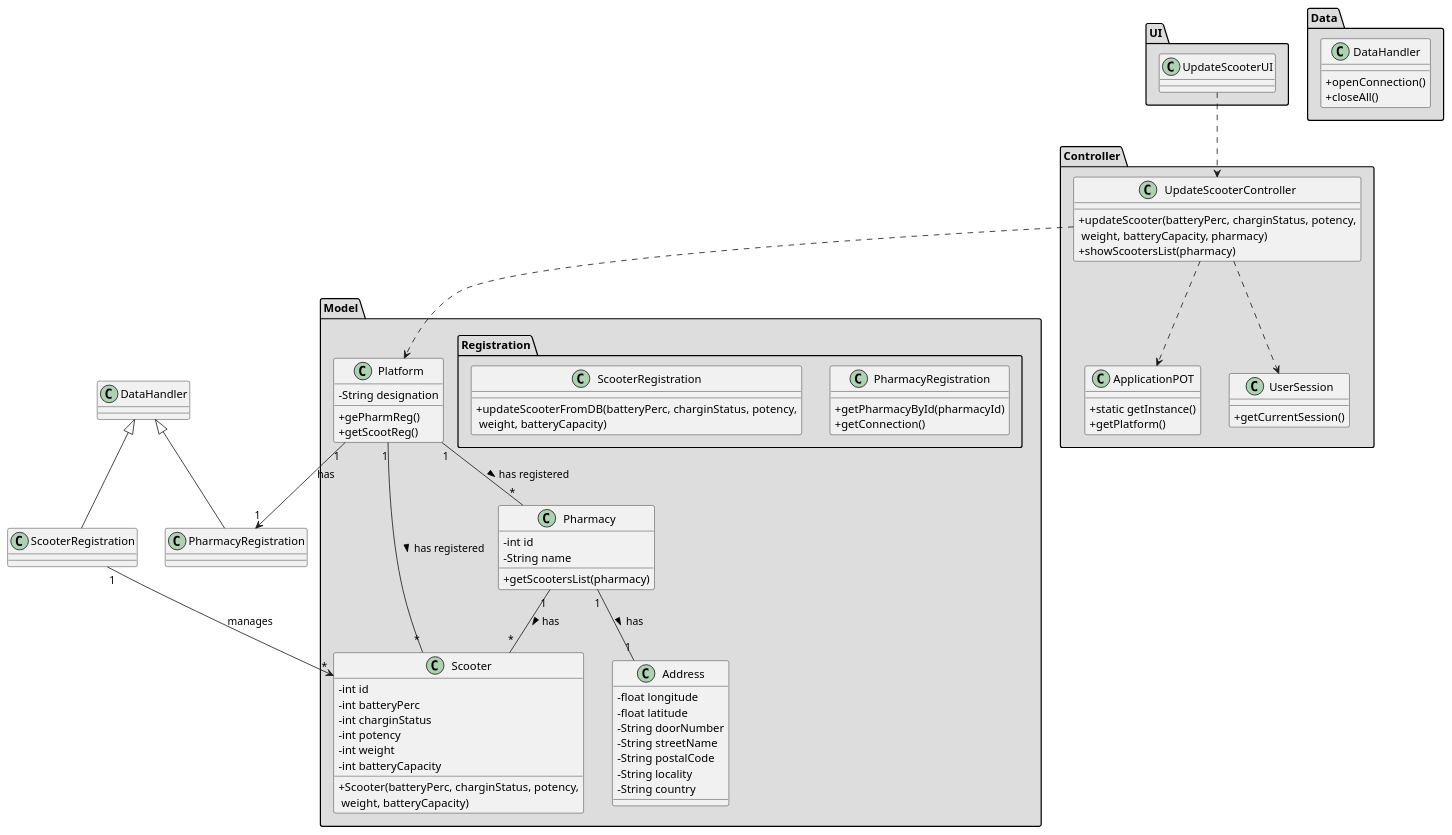
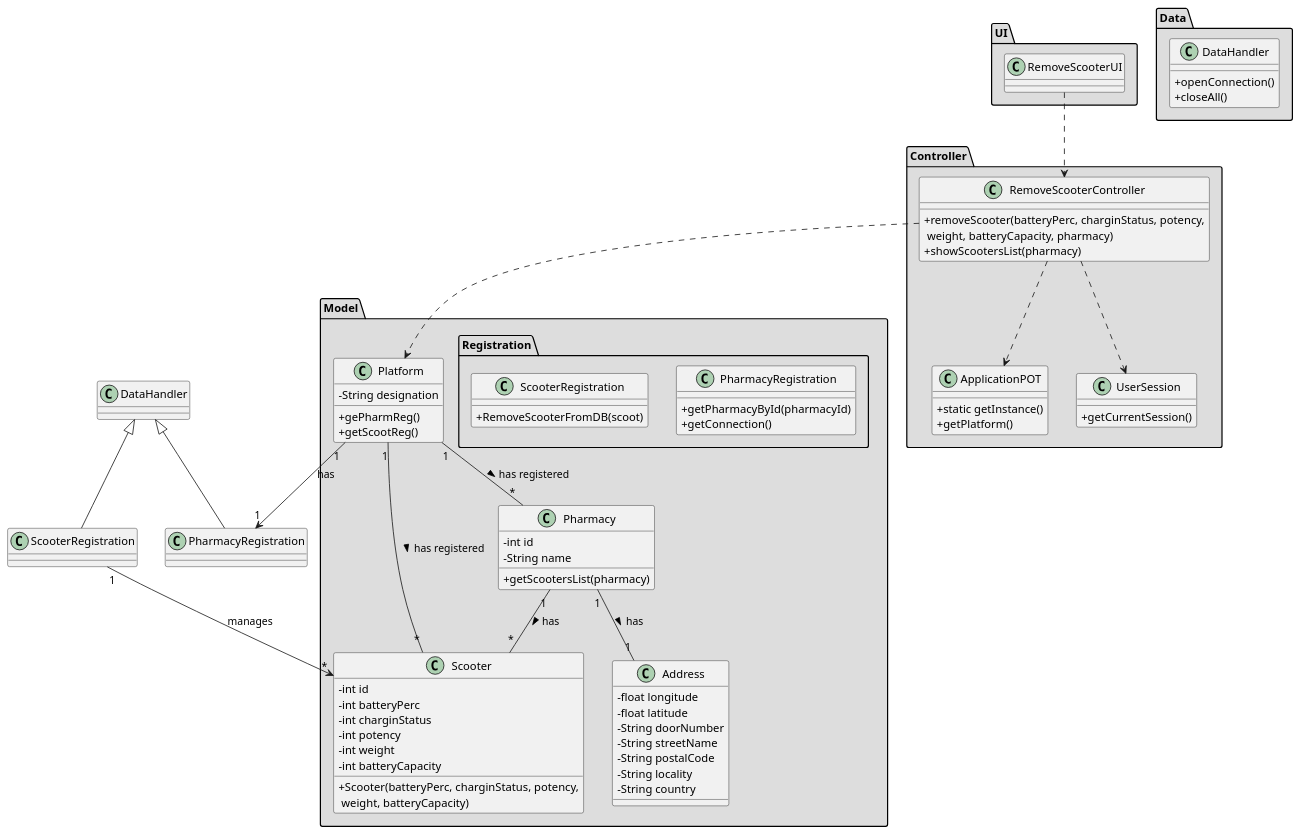
The diagram in docs/Iteration 1/Scooter Management/US22_RemoveScooter/US22_CD.puml (tiagoavcosta25/LAPR3), drawn with PlantUML before and after one commit. The commit also changed 3 other files, not shown here.

```diff
--- a/docs/Iteration 1/Scooter Management/US22_RemoveScooter/US22_CD.puml
+++ b/docs/Iteration 1/Scooter Management/US22_RemoveScooter/US22_CD.puml
@@ -1,101 +1,101 @@
 @startuml
 skinparam classAttributeIconSize 0
 
 package "UI" #DDDDDD {
-class UpdateScooterUI{
+class RemoveScooterUI{
 
 }
 }
 
 
 package "Controller" #DDDDDD {
-class UpdateScooterController{
-+updateScooter(batteryPerc, charginStatus, potency,\n weight, batteryCapacity, pharmacy)
+class RemoveScooterController{
++removeScooter(batteryPerc, charginStatus, potency,\n weight, batteryCapacity, pharmacy)
 +showScootersList(pharmacy)
 }
 
 class ApplicationPOT
 {
   +static getInstance()
   +getPlatform()
 }
 
 class UserSession
 {
   +getCurrentSession()
 }
 }
 
 
 package "Model" #DDDDDD {
 class Platform {
   -String designation
   +gePharmReg()
   +getScootReg()
 }
 package "Registration" #DDDDDD {
  class PharmacyRegistration{
      +getPharmacyById(pharmacyId)
      +getConnection()
  }
 
  class ScooterRegistration{
-      +updateScooterFromDB(batteryPerc, charginStatus, potency,\n weight, batteryCapacity)
+      +RemoveScooterFromDB(scoot)
   }
  }
 }
 
 package "Model" #DDDDDD {
 class Scooter{
   -int id
   -int batteryPerc
   -int charginStatus
   -int potency
   -int weight
   -int batteryCapacity
   +Scooter(batteryPerc, charginStatus, potency,\n weight, batteryCapacity)
 }
 
 class Address{
   -float longitude
   -float latitude
   -String doorNumber
   -String streetName
   -String postalCode
   -String locality
   -String country
 }
 
 class Pharmacy {
   -int id
   -String name
   +getScootersList(pharmacy)
 }
 
 }
 
 
 package "Data" #DDDDDD {
 class DataHandler{
     +openConnection()
     +closeAll()
 }
 }
 
 class PharmacyRegistration extends DataHandler
 class ScooterRegistration extends DataHandler
 
-UpdateScooterUI ..> UpdateScooterController
-UpdateScooterController ..> Platform
-UpdateScooterController ..> ApplicationPOT
-UpdateScooterController ..> UserSession
+RemoveScooterUI ..> RemoveScooterController
+RemoveScooterController ..> Platform
+RemoveScooterController ..> ApplicationPOT
+RemoveScooterController ..> UserSession
 Platform "1" --> "1" PharmacyRegistration : has
 ScooterRegistration "1" --> "*" Scooter : manages
 
 Platform "1" -- "*" Pharmacy : has registered >
 Platform "1" -- "*" Scooter : has registered >
 
 Pharmacy "1" -- "*" Scooter : has >
 Pharmacy "1" -- "1" Address : has >
 
 @enduml
```
